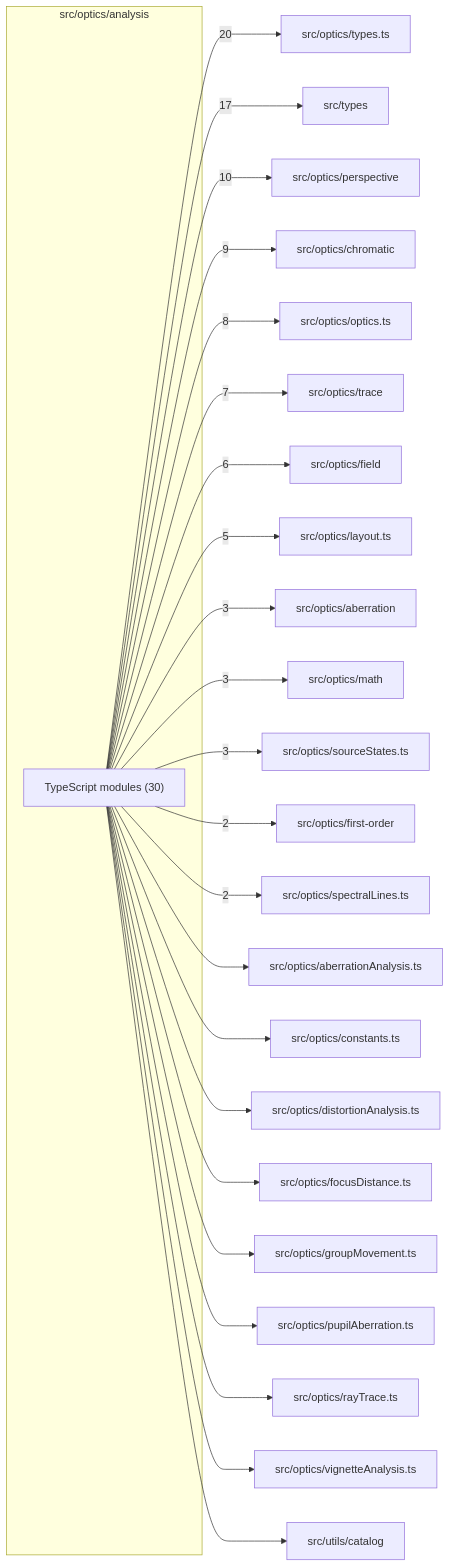
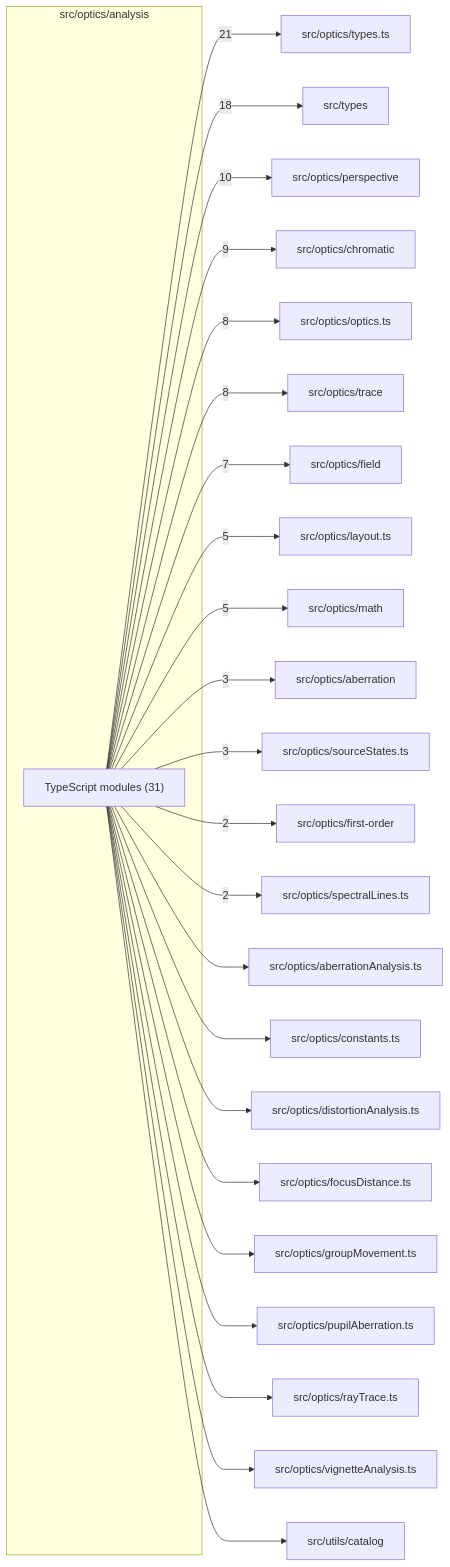
The diagram in src/optics/analysis/readme.md (ronbuening/LensVisualizer), drawn with Mermaid before and after one commit. The commit also changed other lines of this file and 10 other files, not shown here.

````diff
--- a/src/optics/analysis/readme.md
+++ b/src/optics/analysis/readme.md
@@ -9,50 +9,50 @@
 ```mermaid
 flowchart LR
   subgraph n_src_optics_analysis["src/optics/analysis"]
-    n_src_optics_analysis_TypeScript_modules["TypeScript modules (30)"]
+    n_src_optics_analysis_TypeScript_modules["TypeScript modules (31)"]
   end
   n_external_src_optics_types_ts["src/optics/types.ts"]
   n_external_src_types["src/types"]
   n_external_src_optics_perspective["src/optics/perspective"]
   n_external_src_optics_chromatic["src/optics/chromatic"]
   n_external_src_optics_optics_ts["src/optics/optics.ts"]
   n_external_src_optics_trace["src/optics/trace"]
   n_external_src_optics_field["src/optics/field"]
   n_external_src_optics_layout_ts["src/optics/layout.ts"]
+  n_external_src_optics_math["src/optics/math"]
   n_external_src_optics_aberration["src/optics/aberration"]
-  n_external_src_optics_math["src/optics/math"]
   n_external_src_optics_sourceStates_ts["src/optics/sourceStates.ts"]
   n_external_src_optics_first_order["src/optics/first-order"]
   n_external_src_optics_spectralLines_ts["src/optics/spectralLines.ts"]
   n_external_src_optics_aberrationAnalysis_ts["src/optics/aberrationAnalysis.ts"]
   n_external_src_optics_constants_ts["src/optics/constants.ts"]
   n_external_src_optics_distortionAnalysis_ts["src/optics/distortionAnalysis.ts"]
   n_external_src_optics_focusDistance_ts["src/optics/focusDistance.ts"]
   n_external_src_optics_groupMovement_ts["src/optics/groupMovement.ts"]
   n_external_src_optics_pupilAberration_ts["src/optics/pupilAberration.ts"]
   n_external_src_optics_rayTrace_ts["src/optics/rayTrace.ts"]
   n_external_src_optics_vignetteAnalysis_ts["src/optics/vignetteAnalysis.ts"]
   n_external_src_utils_catalog["src/utils/catalog"]
-  n_src_optics_analysis_TypeScript_modules --> |20| n_external_src_optics_types_ts
-  n_src_optics_analysis_TypeScript_modules --> |17| n_external_src_types
+  n_src_optics_analysis_TypeScript_modules --> |21| n_external_src_optics_types_ts
+  n_src_optics_analysis_TypeScript_modules --> |18| n_external_src_types
   n_src_optics_analysis_TypeScript_modules --> |10| n_external_src_optics_perspective
   n_src_optics_analysis_TypeScript_modules --> |9| n_external_src_optics_chromatic
   n_src_optics_analysis_TypeScript_modules --> |8| n_external_src_optics_optics_ts
-  n_src_optics_analysis_TypeScript_modules --> |7| n_external_src_optics_trace
-  n_src_optics_analysis_TypeScript_modules --> |6| n_external_src_optics_field
+  n_src_optics_analysis_TypeScript_modules --> |8| n_external_src_optics_trace
+  n_src_optics_analysis_TypeScript_modules --> |7| n_external_src_optics_field
   n_src_optics_analysis_TypeScript_modules --> |5| n_external_src_optics_layout_ts
+  n_src_optics_analysis_TypeScript_modules --> |5| n_external_src_optics_math
   n_src_optics_analysis_TypeScript_modules --> |3| n_external_src_optics_aberration
-  n_src_optics_analysis_TypeScript_modules --> |3| n_external_src_optics_math
   n_src_optics_analysis_TypeScript_modules --> |3| n_external_src_optics_sourceStates_ts
   n_src_optics_analysis_TypeScript_modules --> |2| n_external_src_optics_first_order
   n_src_optics_analysis_TypeScript_modules --> |2| n_external_src_optics_spectralLines_ts
   n_src_optics_analysis_TypeScript_modules --> n_external_src_optics_aberrationAnalysis_ts
   n_src_optics_analysis_TypeScript_modules --> n_external_src_optics_constants_ts
   n_src_optics_analysis_TypeScript_modules --> n_external_src_optics_distortionAnalysis_ts
   n_src_optics_analysis_TypeScript_modules --> n_external_src_optics_focusDistance_ts
   n_src_optics_analysis_TypeScript_modules --> n_external_src_optics_groupMovement_ts
   n_src_optics_analysis_TypeScript_modules --> n_external_src_optics_pupilAberration_ts
   n_src_optics_analysis_TypeScript_modules --> n_external_src_optics_rayTrace_ts
   n_src_optics_analysis_TypeScript_modules --> n_external_src_optics_vignetteAnalysis_ts
   n_src_optics_analysis_TypeScript_modules --> n_external_src_utils_catalog
 ```
````
